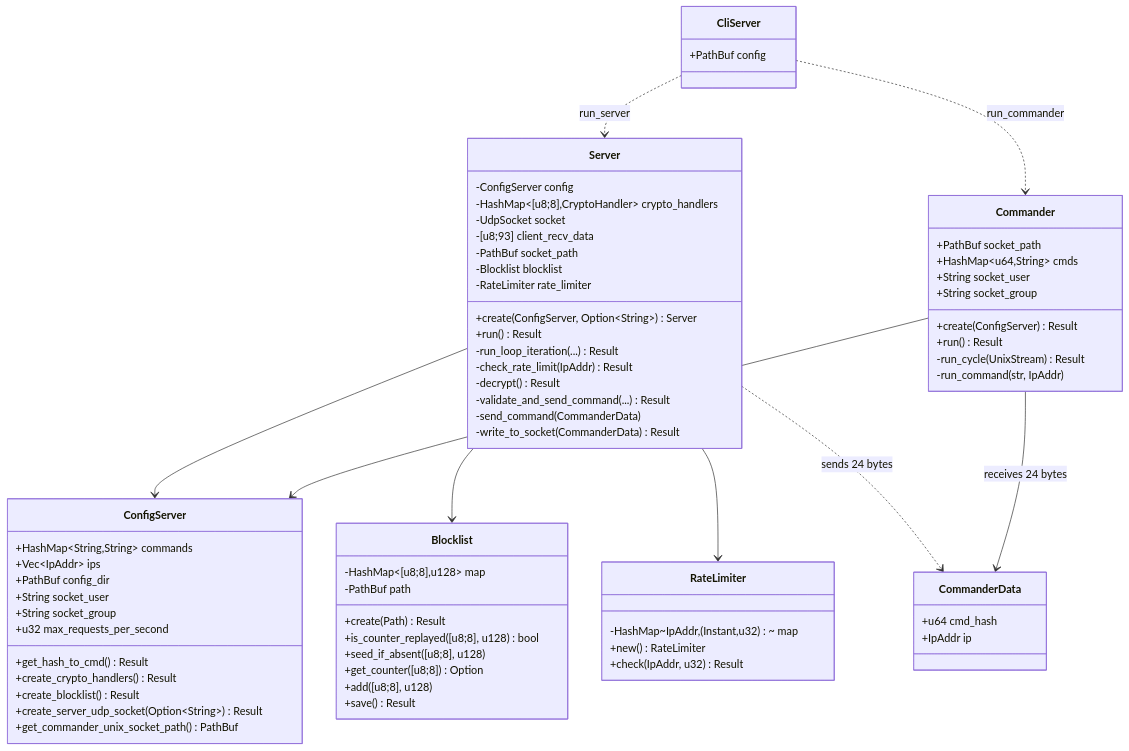
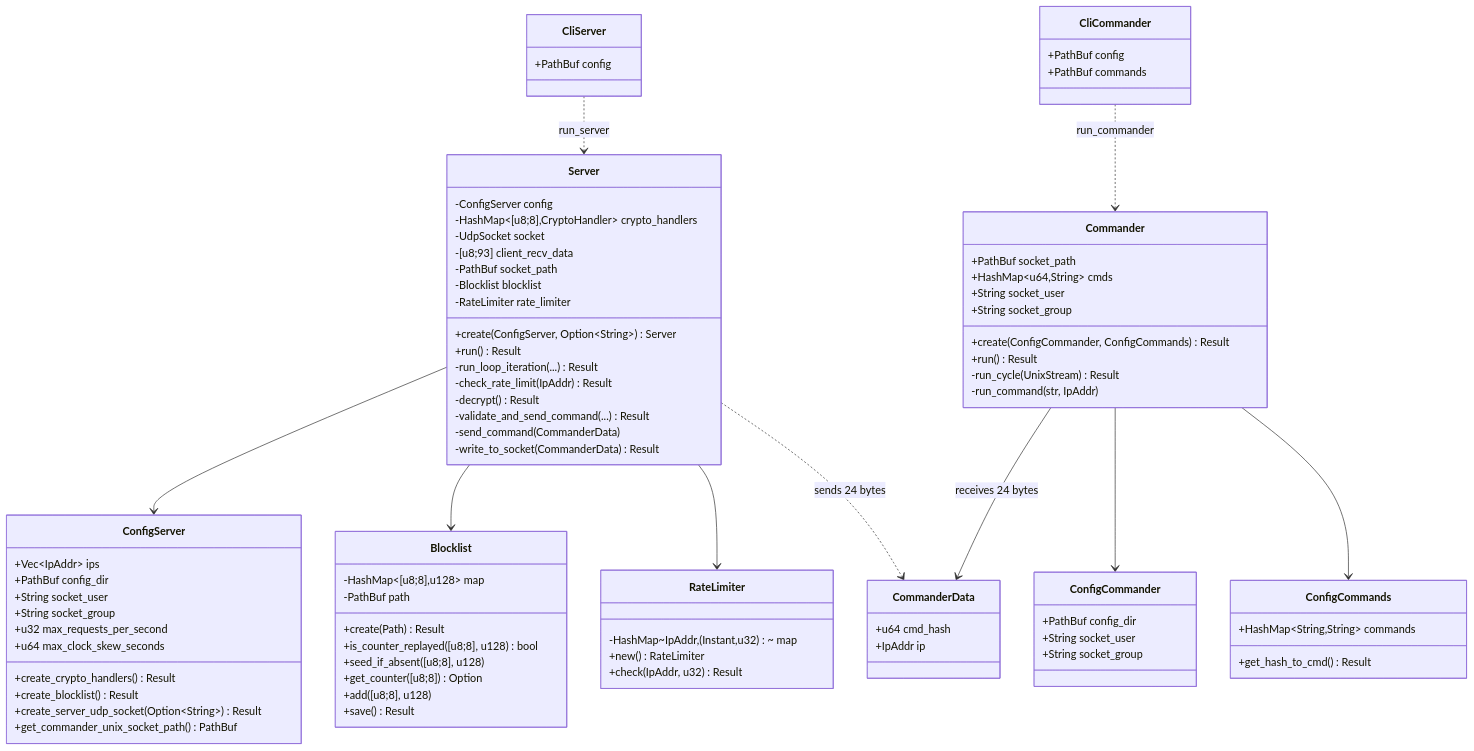
Before and after one commit to beac0n/ruroco: the first of 3 diagrams in docs/src/server/overview.md, drawn with Mermaid. The commit also changed other lines of this file and 45 other files, not shown here.

````diff
--- a/docs/src/server/overview.md
+++ b/docs/src/server/overview.md
@@ -57,17 +57,25 @@
         -write_to_socket(CommanderData) Result
     }
     class ConfigServer {
-        +HashMap~String,String~ commands
         +Vec~IpAddr~ ips
         +PathBuf config_dir
         +String socket_user
         +String socket_group
         +u32 max_requests_per_second
-        +get_hash_to_cmd() Result
+        +u64 max_clock_skew_seconds
         +create_crypto_handlers() Result
         +create_blocklist() Result
         +create_server_udp_socket(Option~String~) Result
         +get_commander_unix_socket_path() PathBuf
+    }
+    class ConfigCommander {
+        +PathBuf config_dir
+        +String socket_user
+        +String socket_group
+    }
+    class ConfigCommands {
+        +HashMap~String,String~ commands
+        +get_hash_to_cmd() Result
     }
     class CliServer {
         +PathBuf config
@@ -92,7 +100,7 @@
         +HashMap~u64,String~ cmds
         +String socket_user
         +String socket_group
-        +create(ConfigServer) Result
+        +create(ConfigCommander, ConfigCommands) Result
         +run() Result
         -run_cycle(UnixStream) Result
         -run_command(str, IpAddr)
@@ -101,13 +109,18 @@
         +u64 cmd_hash
         +IpAddr ip
     }
+    class CliCommander {
+        +PathBuf config
+        +PathBuf commands
+    }
 
     Server --> ConfigServer
     Server --> Blocklist
     Server --> RateLimiter
     Server ..> CommanderData : sends 24 bytes
     Commander --> CommanderData : receives 24 bytes
-    Commander --> ConfigServer
+    Commander --> ConfigCommander
+    Commander --> ConfigCommands
     CliServer ..> Server : run_server
-    CliServer ..> Commander : run_commander
+    CliCommander ..> Commander : run_commander
 ```
````
